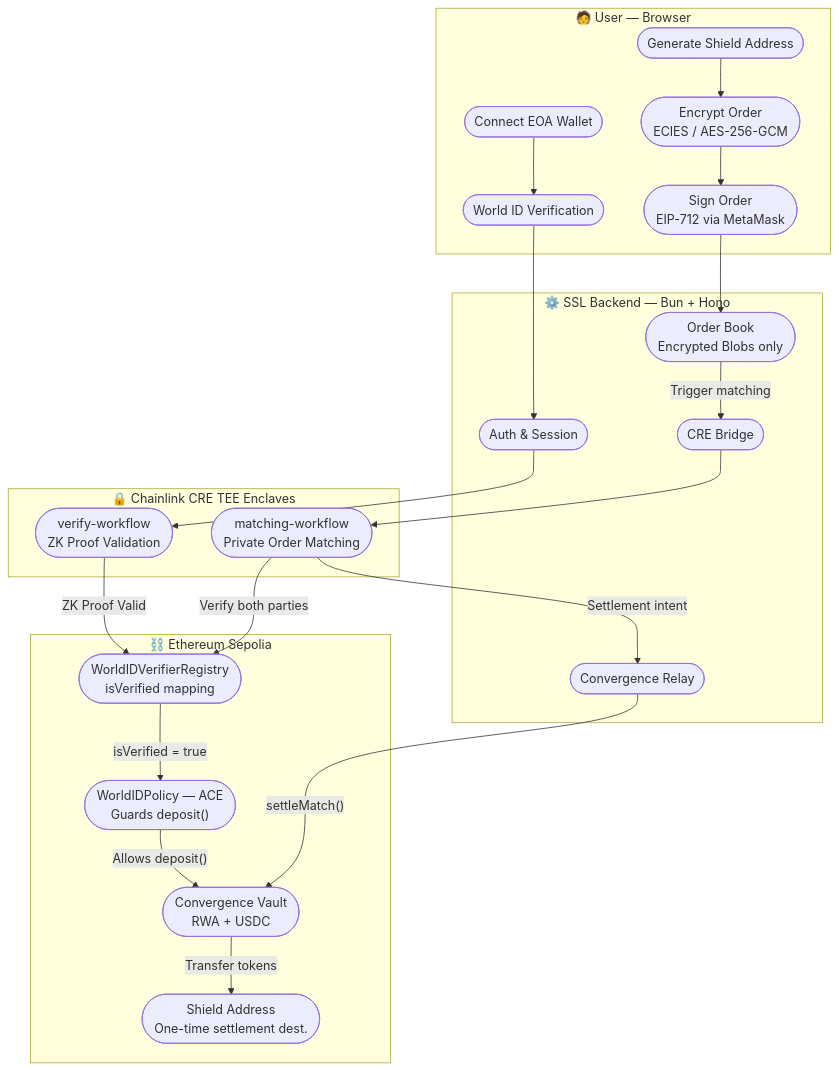
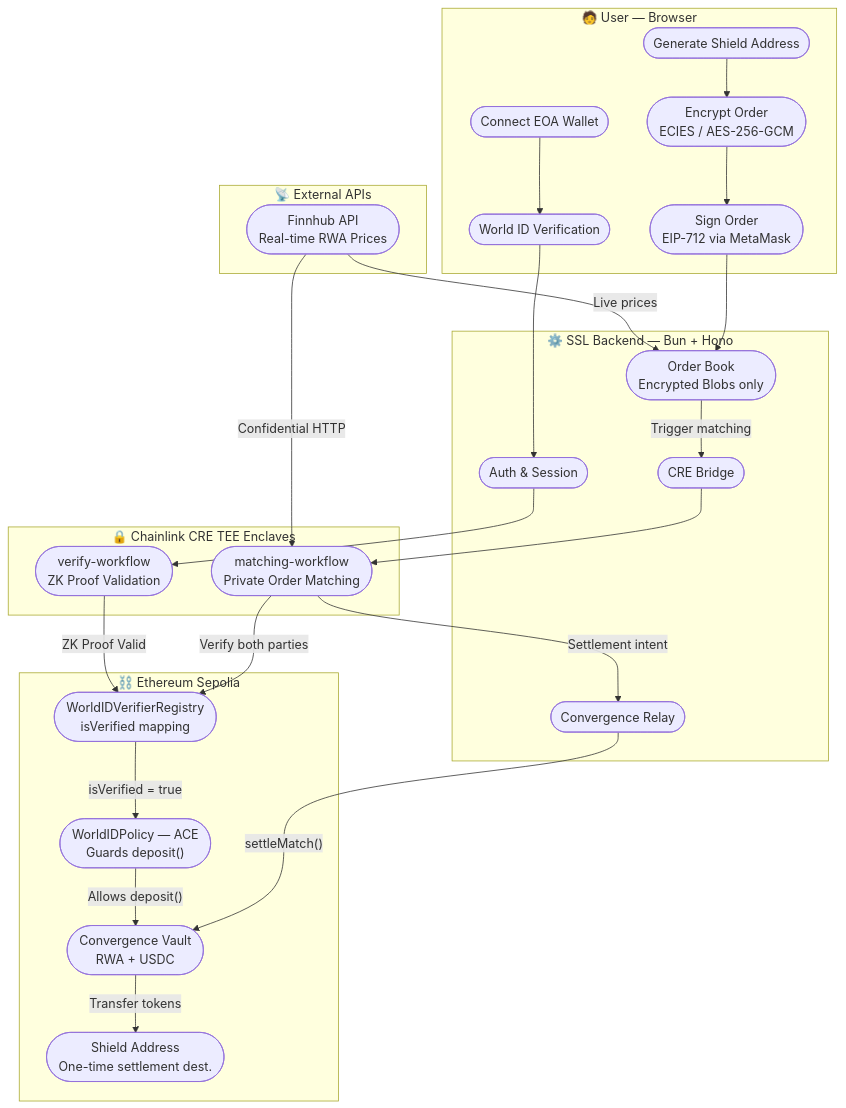
Before and after one commit to furqaannabi/ssl: the first of 5 diagrams in README.md, drawn with Mermaid. The commit also changed other lines of this file, not shown here.

````diff
--- a/README.md
+++ b/README.md
@@ -24,43 +24,50 @@
 ```mermaid
 flowchart TD
     subgraph USER["🧑 User — Browser"]
         A(["Connect EOA Wallet"])
         B(["World ID Verification"])
         C(["Generate Shield Address"])
         D(["Encrypt Order\n ECIES / AES-256-GCM"])
         E(["Sign Order\n EIP-712 via MetaMask"])
     end
 
     subgraph BACKEND["⚙️ SSL Backend — Bun + Hono"]
         F(["Auth & Session"])
         G(["Order Book\n Encrypted Blobs only"])
         H(["CRE Bridge"])
         I(["Convergence Relay"])
+    end
+
+    subgraph EXTERNAL["📡 External APIs"]
+        P(["Finnhub API\n Real-time RWA Prices"])
     end
 
     subgraph CRE["🔒 Chainlink CRE TEE Enclaves"]
         J(["verify-workflow\n ZK Proof Validation"])
         K(["matching-workflow\n Private Order Matching"])
     end
 
     subgraph CHAIN["⛓️ Ethereum Sepolia"]
         L(["WorldIDVerifierRegistry\n isVerified mapping"])
         M(["WorldIDPolicy — ACE\n Guards deposit()"])
         N(["Convergence Vault\n RWA + USDC"])
         O(["Shield Address\n One-time settlement dest."])
     end
 
     A --> B --> F
     F --> J
     J -->|"ZK Proof Valid"| L
     L -->|"isVerified = true"| M
     M -->|"Allows deposit()"| N
 
+    P -->|"Live prices"| G
+    P -->|"Confidential HTTP"| K
+
     C --> D --> E --> G
     G -->|"Trigger matching"| H
     H --> K
     K -->|"Verify both parties"| L
     K -->|"Settlement intent"| I
     I -->|"settleMatch()"| N
     N -->|"Transfer tokens"| O
 ```
````
